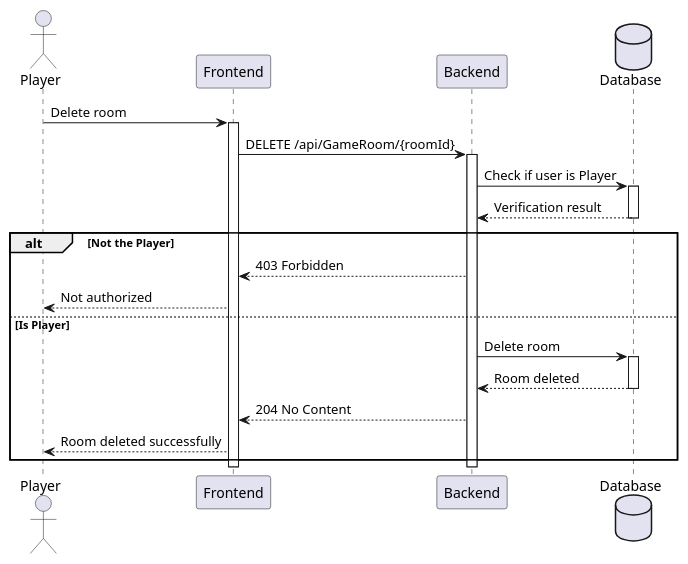
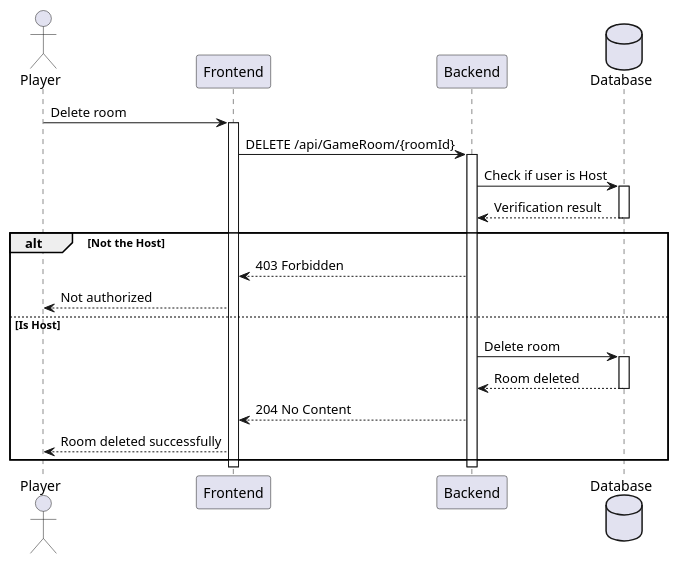
Before and after one commit to cardoso42/cartas-de-amor: the diagram in docs/sequence_diagrams/game_room_management/delete_room.puml, drawn with PlantUML. The commit also changed 27 other files, not shown here.

Commit message:
feat: update diagrams

```diff
--- a/docs/sequence_diagrams/game_room_management/delete_room.puml
+++ b/docs/sequence_diagrams/game_room_management/delete_room.puml
@@ -1,30 +1,30 @@
-@startuml Delete Room
+@startuml DeleteRoom
 
 actor "Player" as Player
 participant "Frontend" as FE
 participant "Backend" as API
 database "Database" as DB
 
 Player -> FE: Delete room
 activate FE
 FE -> API: DELETE /api/GameRoom/{roomId}
 activate API
-API -> DB: Check if user is Player
+API -> DB: Check if user is Host
 activate DB
 DB --> API: Verification result
 deactivate DB
-alt Not the Player
+alt Not the Host
     API --> FE: 403 Forbidden
     FE --> Player: Not authorized
-else Is Player
+else Is Host
     API -> DB: Delete room
     activate DB
     DB --> API: Room deleted
     deactivate DB
     API --> FE: 204 No Content
     FE --> Player: Room deleted successfully
 end
 deactivate API
 deactivate FE
 
 @enduml
```
